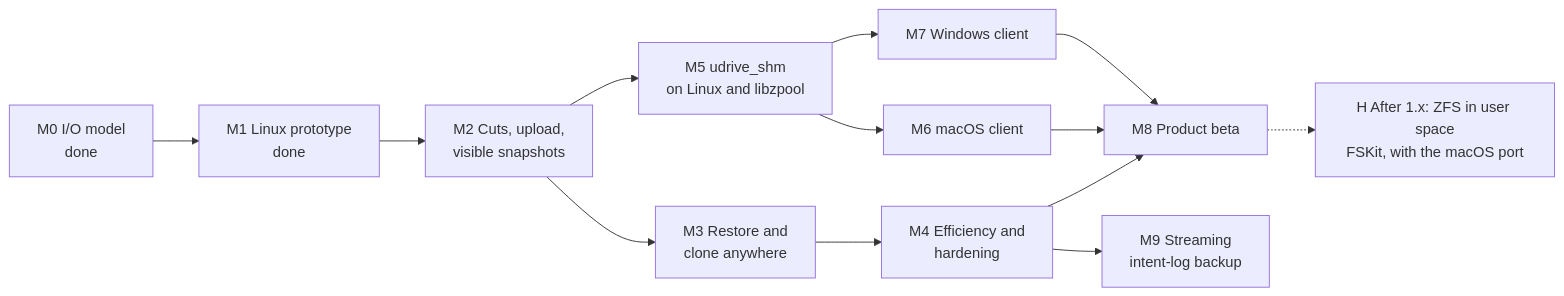
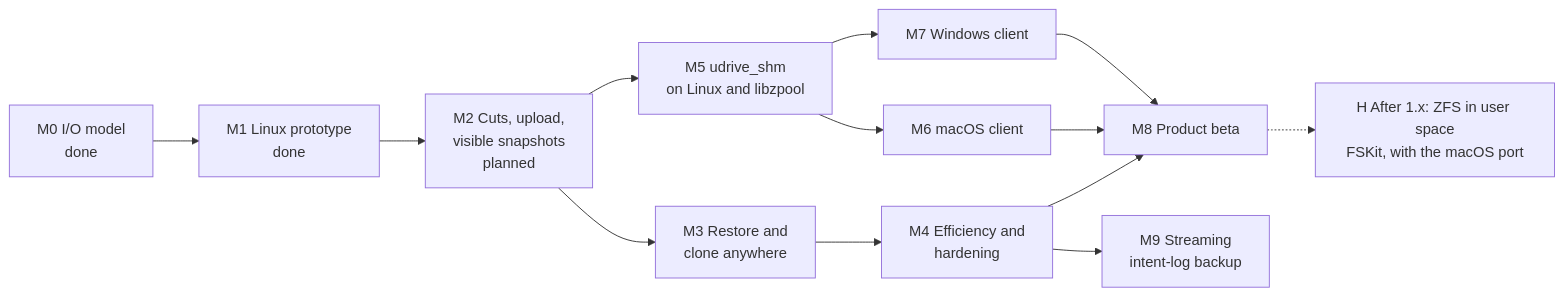
Before and after one commit to skyzfs/skyzfs: the fifth of 5 diagrams in docs/skyzfs-design.md, drawn with Mermaid. The commit also changed other lines of this file and 1 other file, not shown here.

First line of the commit message:
M2 planned: its work packages, and what the design left to the plan

````diff
--- a/docs/skyzfs-design.md
+++ b/docs/skyzfs-design.md
@@ -451,15 +453,15 @@
 ```mermaid
 flowchart LR
   M0["M0 I/O model<br/>done"] --> M1["M1 Linux prototype<br/>done"]
-  M1 --> M2["M2 Cuts, upload,<br/>visible snapshots"]
+  M1 --> M2["M2 Cuts, upload,<br/>visible snapshots<br/>planned"]
   M2 --> M3["M3 Restore and<br/>clone anywhere"]
   M3 --> M4["M4 Efficiency and<br/>hardening"]
   M2 --> M5["M5 udrive_shm<br/>on Linux and libzpool"]
   M5 --> M6["M6 macOS client"]
   M5 --> M7["M7 Windows client"]
   M4 --> M8["M8 Product beta"]
   M4 --> M9["M9 Streaming<br/>intent-log backup"]
   M6 --> M8
   M7 --> M8
   M8 -.-> H["H After 1.x: ZFS in user space<br/>FSKit, with the macOS port"]
 ```
````
